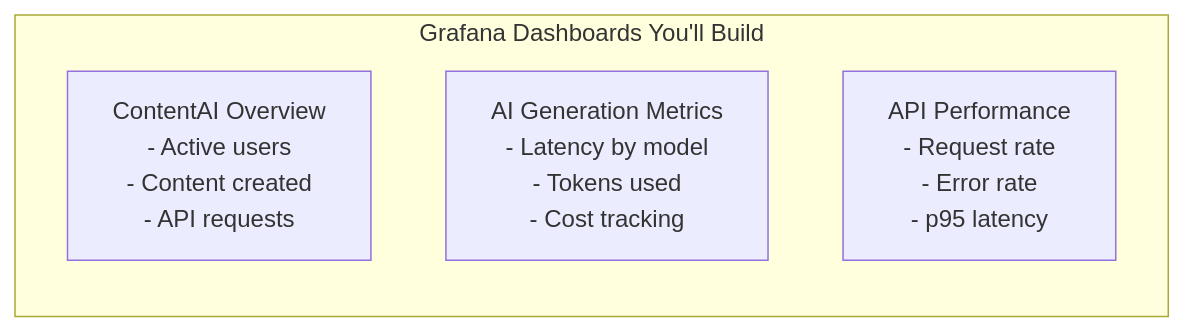
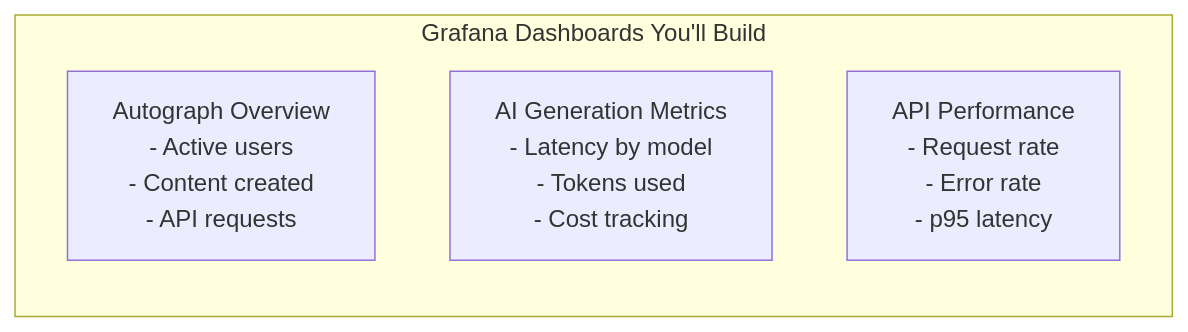
The second of 4 diagrams in DevOps/04-Internship/03-What-You-Build.md (PearlThoughtsInternship/Internship-Obsidian-Vault), drawn with Mermaid before and after one commit. The commit also changed other lines of this file and 8 other files, not shown here.

First line of the commit message:
rebrand: Complete ContentAI → Autograph rename across all docs

````diff
--- a/DevOps/04-Internship/03-What-You-Build.md
+++ b/DevOps/04-Internship/03-What-You-Build.md
@@ -180,8 +180,8 @@
 ```mermaid
 flowchart LR
     subgraph Dashboards["Grafana Dashboards You'll Build"]
-        D1["ContentAI Overview\n- Active users\n- Content created\n- API requests"]
+        D1["Autograph Overview\n- Active users\n- Content created\n- API requests"]
         D2["AI Generation Metrics\n- Latency by model\n- Tokens used\n- Cost tracking"]
         D3["API Performance\n- Request rate\n- Error rate\n- p95 latency"]
     end
 ```
````
